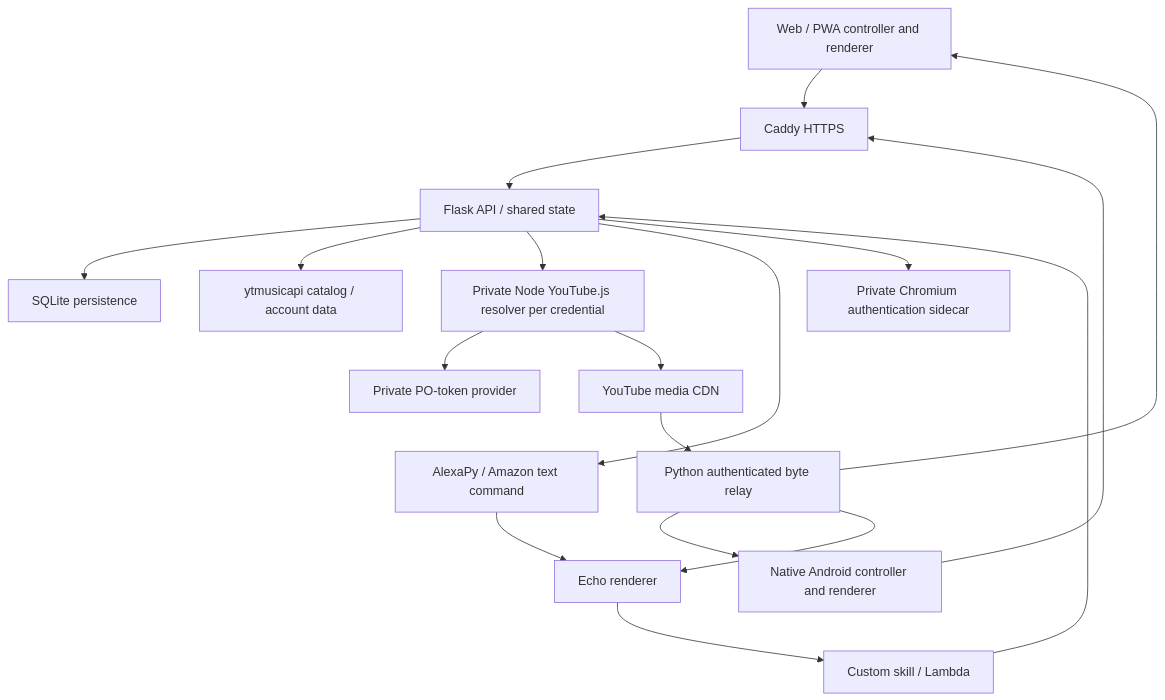
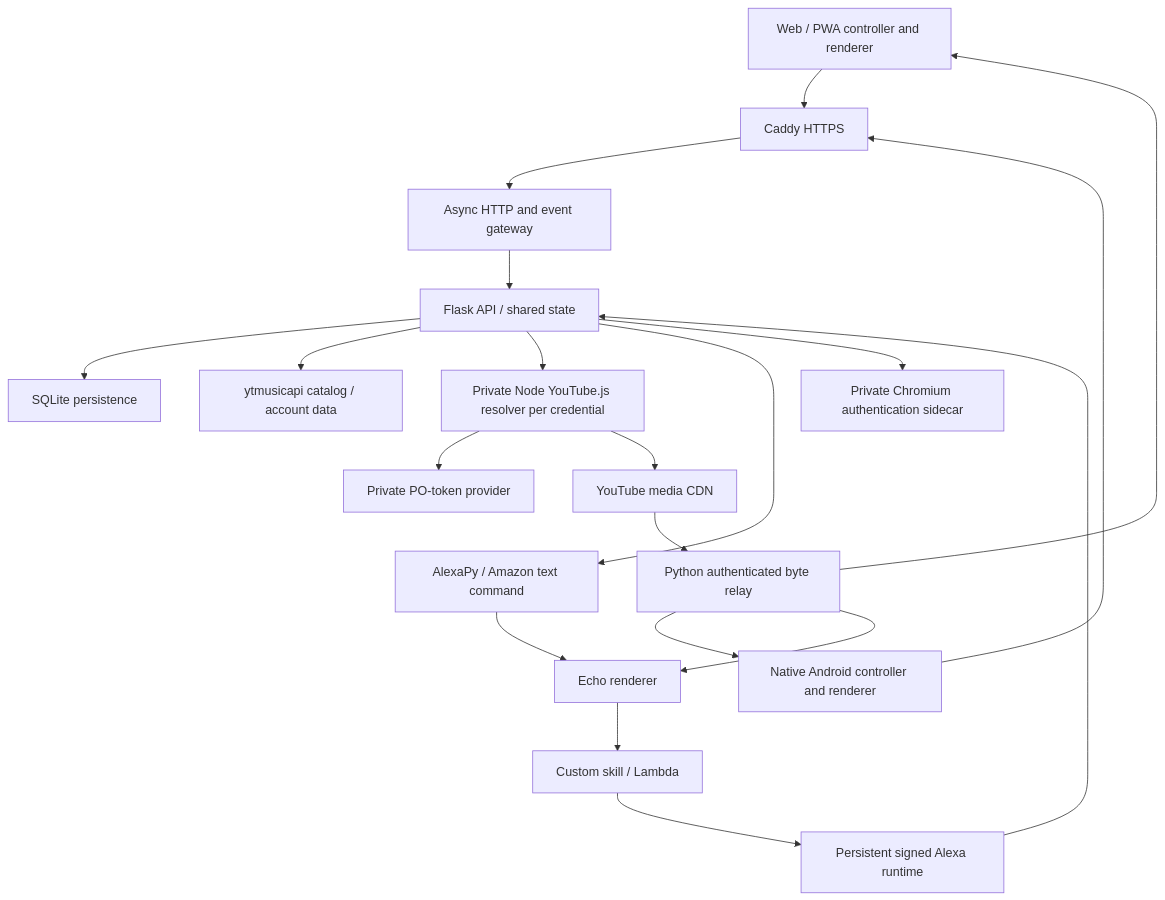
The diagram in ARCHITECTURE.md (arookiecoder-ip/youtube-music-alexa-skill), drawn with Mermaid before and after one commit. The commit also changed other lines of this file and 2 other files, not shown here.

Commit message:
Record verified production rollout and current gateway/Alexa architecture

````diff
--- a/ARCHITECTURE.md
+++ b/ARCHITECTURE.md
@@ -9,20 +9,22 @@
 ```mermaid
 flowchart TB
     Browser[Web / PWA controller and renderer] --> HTTPS[Caddy HTTPS]
     App[Native Android controller and renderer] --> HTTPS
-    HTTPS --> API[Flask API / shared state]
+    HTTPS --> Gateway[Async HTTP and event gateway]
+    Gateway --> API[Flask API / shared state]
     API --> Store[SQLite persistence]
     API --> Catalog[ytmusicapi catalog / account data]
     API --> Resolver[Private Node YouTube.js resolver per credential]
     Resolver --> PO[Private PO-token provider]
     Resolver --> Media[YouTube media CDN]
     Media --> Relay[Python authenticated byte relay]
     Relay --> Browser
     Relay --> App
     Relay --> Echo[Echo renderer]
     API --> Amazon[AlexaPy / Amazon text command]
     Amazon --> Echo
     Echo --> Skill[Custom skill / Lambda]
-    Skill --> API
+    Skill --> Runtime[Persistent signed Alexa runtime]
+    Runtime --> API
     API --> Auth[Private Chromium authentication sidecar]
 ```
````
